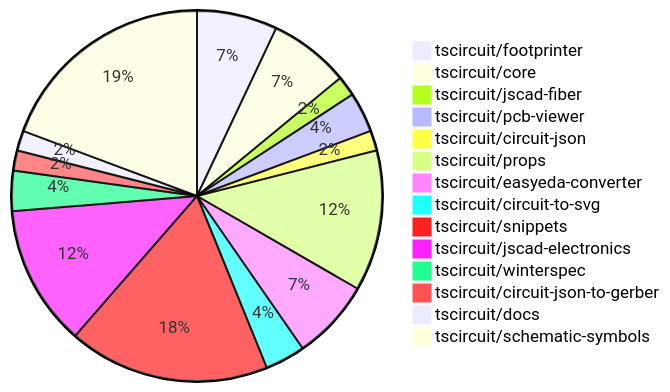
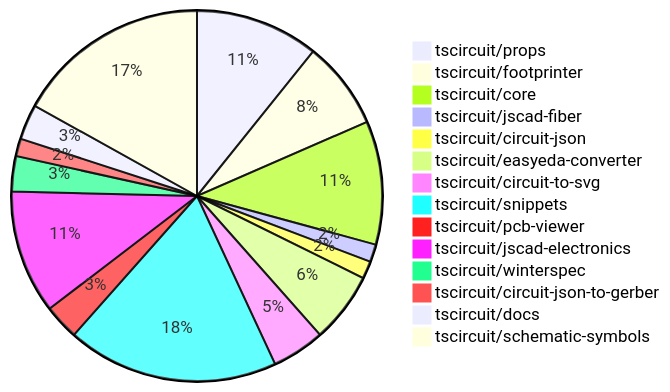
The diagram in contribution-overviews/2024-10-16.md (tscircuit/contribution-tracker), drawn with Mermaid before and after one commit. The commit also changed other lines of this file and 1 other file, not shown here.

````diff
--- a/contribution-overviews/2024-10-16.md
+++ b/contribution-overviews/2024-10-16.md
@@ -5,17 +5,17 @@
 ```mermaid
 pie
-    "tscircuit/footprinter" : 4
-    "tscircuit/core" : 4
+    "tscircuit/props" : 7
+    "tscircuit/footprinter" : 5
+    "tscircuit/core" : 7
     "tscircuit/jscad-fiber" : 1
+    "tscircuit/circuit-json" : 1
+    "tscircuit/easyeda-converter" : 4
+    "tscircuit/circuit-to-svg" : 3
+    "tscircuit/snippets" : 12
     "tscircuit/pcb-viewer" : 2
-    "tscircuit/circuit-json" : 1
-    "tscircuit/props" : 7
-    "tscircuit/easyeda-converter" : 4
-    "tscircuit/circuit-to-svg" : 2
-    "tscircuit/snippets" : 10
     "tscircuit/jscad-electronics" : 7
     "tscircuit/winterspec" : 2
     "tscircuit/circuit-json-to-gerber" : 1
-    "tscircuit/docs" : 1
+    "tscircuit/docs" : 2
     "tscircuit/schematic-symbols" : 11
 ```
````
